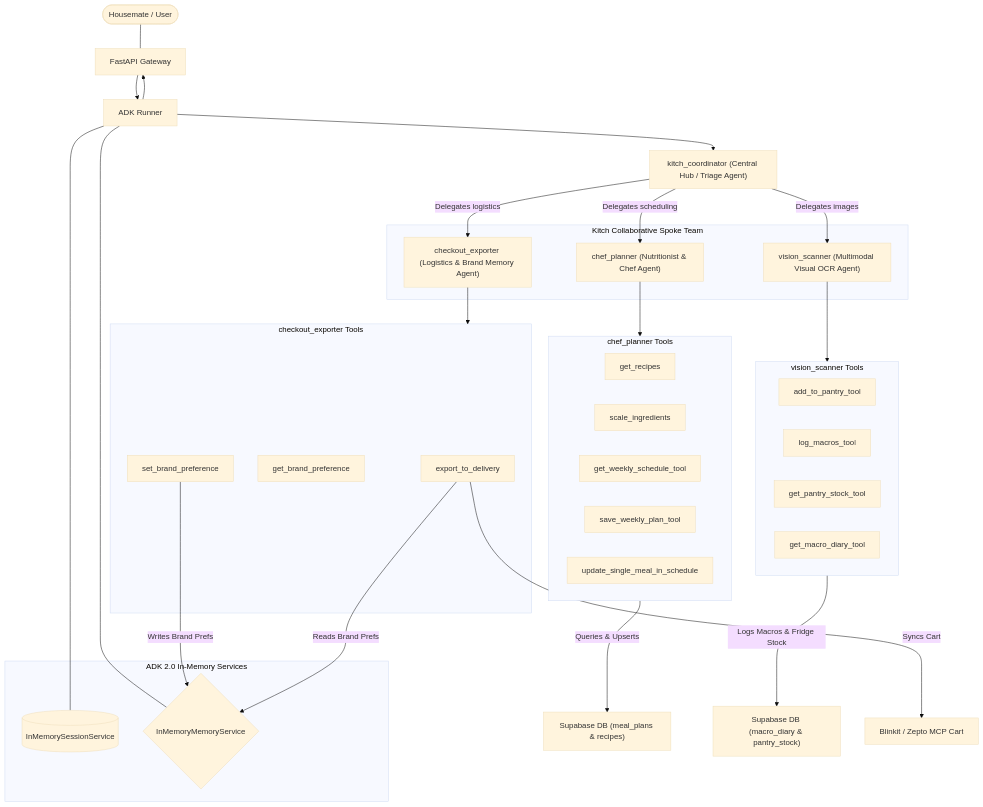
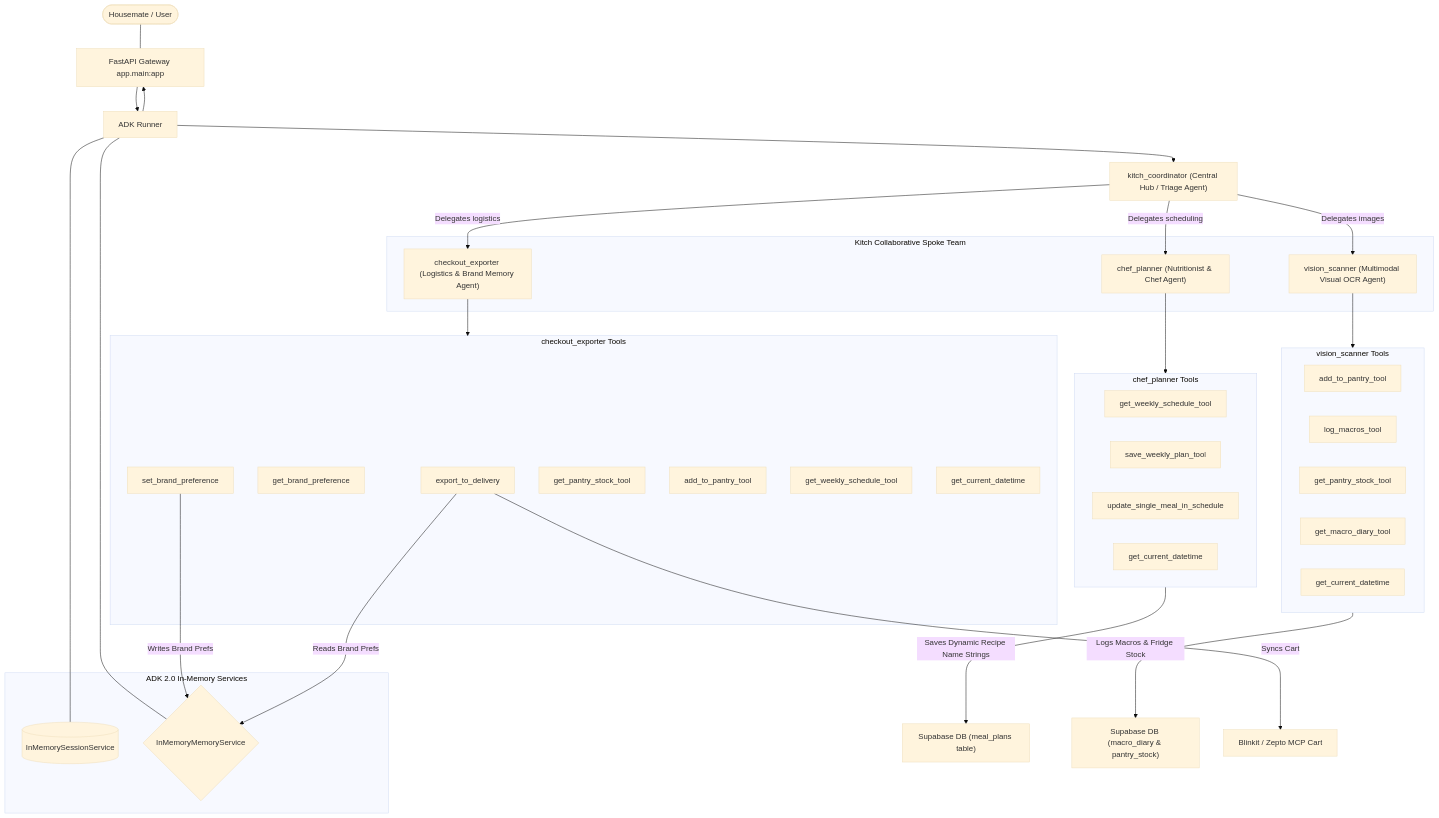
The diagram in docs/agent_topology.md (architworks/meal_and_grocery_agent), drawn with Mermaid (base theme) before and after one commit. The commit also changed other lines of this file and 11 other files, not shown here.

Commit message:
refactor: remove static recipe database in favor of dynamic generation and logic-based ingredient management for agent tools

````diff
--- a/docs/agent_topology.md
+++ b/docs/agent_topology.md
@@ -11,60 +11,64 @@
 ```mermaid
 flowchart TD
     %% Entry point
-    User([Housemate / User]) --- Gateway[FastAPI Gateway]
+    User([Housemate / User]) --- Gateway[FastAPI Gateway app.main:app]
     Gateway --> Runner[ADK Runner]
     Runner --> Gateway
     
     %% Native Services Layer
     subgraph ADK_Services ["ADK 2.0 In-Memory Services"]
         SessionSvc[(InMemorySessionService)]
         MemorySvc{InMemoryMemoryService}
     end
     
     Runner --- SessionSvc
     Runner --- MemorySvc
     
     %% Parent Coordinator
     Runner --> Parent["kitch_coordinator (Central Hub / Triage Agent)"]
     
     %% Multi-Agent Routing & Delegation (3-Spoke Team)
     subgraph Agent_Team ["Kitch Collaborative Spoke Team"]
         SubChef["chef_planner (Nutritionist & Chef Agent)"]
         SubVision["vision_scanner (Multimodal Visual OCR Agent)"]
         SubCart["checkout_exporter (Logistics & Brand Memory Agent)"]
     end
     
     Parent -->|Delegates scheduling| SubChef
     Parent -->|Delegates images| SubVision
     Parent -->|Delegates logistics| SubCart
     
     %% Spoke Tools & DB Connections
     subgraph Chef_Tools ["chef_planner Tools"]
-        T_Recipes[get_recipes]
-        T_Scale[scale_ingredients]
         T_GetSched[get_weekly_schedule_tool]
         T_SavePlan[save_weekly_plan_tool]
         T_SwapMeal[update_single_meal_in_schedule]
+        T_GetTime[get_current_datetime]
     end
     SubChef --> Chef_Tools
-    Chef_Tools -->|Queries & Upserts| SupabasePlanner["Supabase DB (meal_plans & recipes)"]
+    Chef_Tools -->|Saves Dynamic Recipe Name Strings| SupabasePlanner["Supabase DB (meal_plans table)"]
     
     subgraph Vision_Tools ["vision_scanner Tools"]
         T_AddPantry[add_to_pantry_tool]
         T_LogMacros[log_macros_tool]
         T_GetPantry[get_pantry_stock_tool]
         T_GetMacroDiary[get_macro_diary_tool]
+        T_GetTimeV[get_current_datetime]
     end
     SubVision --> Vision_Tools
     Vision_Tools -->|Logs Macros & Fridge Stock| SupabaseDiary["Supabase DB (macro_diary & pantry_stock)"]
     
     subgraph Checkout_Tools ["checkout_exporter Tools"]
         T_Export[export_to_delivery]
         T_GetBrand[get_brand_preference]
         T_SetBrand[set_brand_preference]
+        T_GetPantryC[get_pantry_stock_tool]
+        T_AddPantryC[add_to_pantry_tool]
+        T_GetSchedC[get_weekly_schedule_tool]
+        T_GetTimeC[get_current_datetime]
     end
     SubCart --> Checkout_Tools
     T_SetBrand -->|Writes Brand Prefs| MemorySvc
     T_Export -->|Reads Brand Prefs| MemorySvc
     T_Export -->|Syncs Cart| MCP["Blinkit / Zepto MCP Cart"]
 ```
````
